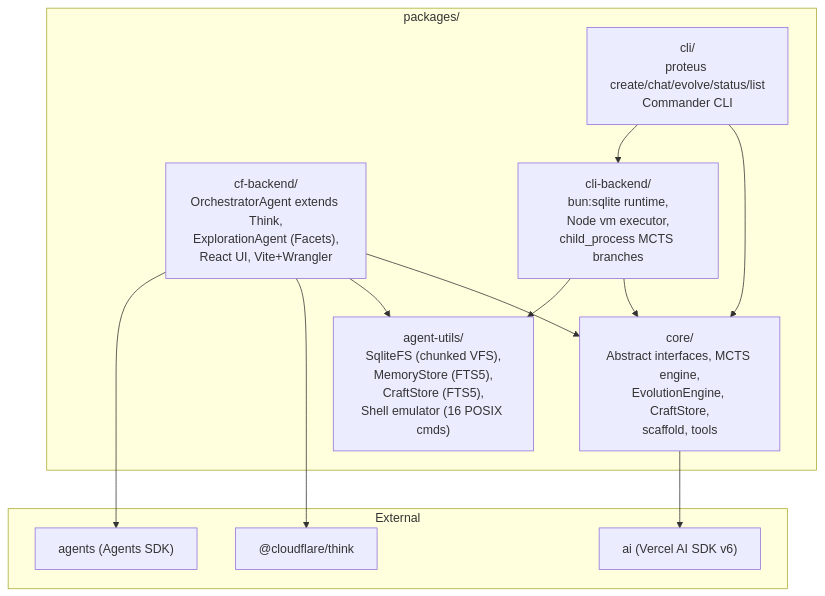
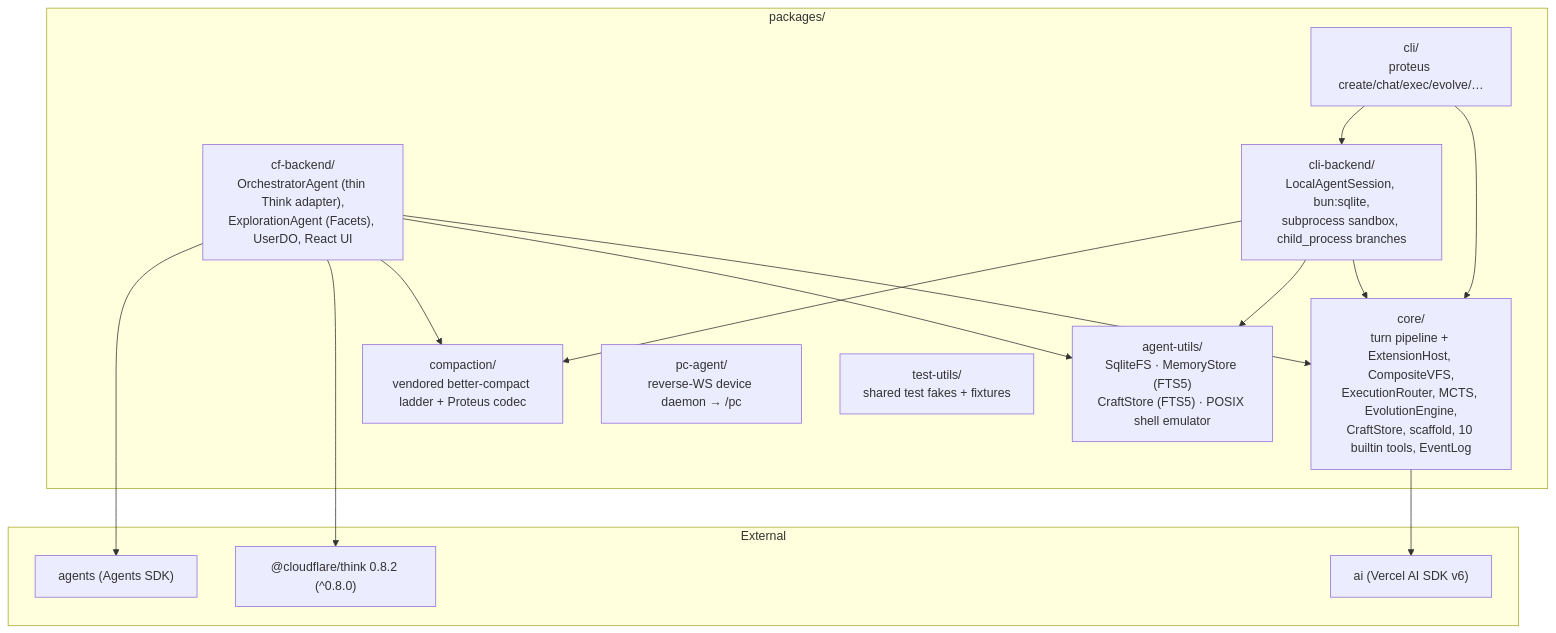
One commit to AshishKumar4/Proteus changed the fourth of 4 diagrams in docs/ARCHITECTURE.md. Above: the diagram before and after it, drawn with Mermaid. The commit also changed other lines of this file and 1 other file, not shown here.

````diff
--- a/docs/ARCHITECTURE.md
+++ b/docs/ARCHITECTURE.md
@@ -114,27 +224,32 @@
 ```mermaid
 graph TB
-    subgraph "packages/"
-        Core["core/<br/>Abstract interfaces, MCTS engine,<br/>EvolutionEngine, CraftStore,<br/>scaffold, tools"]
-        AgentUtils["agent-utils/<br/>SqliteFS (chunked VFS),<br/>MemoryStore (FTS5),<br/>CraftStore (FTS5),<br/>Shell emulator (16 POSIX cmds)"]
-        CFBackend["cf-backend/<br/>OrchestratorAgent extends Think,<br/>ExplorationAgent (Facets),<br/>React UI, Vite+Wrangler"]
-        CLI["cli/<br/>proteus create/chat/evolve/status/list<br/>Commander CLI"]
-        CLIBackend["cli-backend/<br/>bun:sqlite runtime,<br/>Node vm executor,<br/>child_process MCTS branches"]
+    subgraph pkgs["packages/"]
+        Core["core/<br/>turn pipeline + ExtensionHost, CompositeVFS,<br/>ExecutionRouter, MCTS, EvolutionEngine,<br/>CraftStore, scaffold, 10 builtin tools, EventLog"]
+        Utils["agent-utils/<br/>SqliteFS · MemoryStore (FTS5)<br/>CraftStore (FTS5) · POSIX shell emulator"]
+        Compact["compaction/<br/>vendored better-compact ladder + Proteus codec"]
+        CF["cf-backend/<br/>OrchestratorAgent (thin Think adapter),<br/>ExplorationAgent (Facets), UserDO, React UI"]
+        CLI["cli/<br/>proteus create/chat/exec/evolve/…"]
+        CLIB["cli-backend/<br/>LocalAgentSession, bun:sqlite,<br/>subprocess sandbox, child_process branches"]
+        PC["pc-agent/<br/>reverse-WS device daemon → /pc"]
+        TU["test-utils/<br/>shared test fakes + fixtures"]
     end
 
-    CFBackend --> Core
-    CFBackend --> AgentUtils
+    CF --> Core
+    CF --> Utils
+    CF --> Compact
     CLI --> Core
-    CLI --> CLIBackend
-    CLIBackend --> Core
-    CLIBackend --> AgentUtils
+    CLI --> CLIB
+    CLIB --> Core
+    CLIB --> Utils
+    CLIB --> Compact
 
-    subgraph "External"
-        Think["@cloudflare/think"]
+    subgraph ext["External"]
+        Think["@cloudflare/think 0.8.2 (^0.8.0)"]
         Agents["agents (Agents SDK)"]
         AISDK["ai (Vercel AI SDK v6)"]
     end
 
-    CFBackend --> Think
-    CFBackend --> Agents
+    CF --> Think
+    CF --> Agents
     Core --> AISDK
 ```
````
